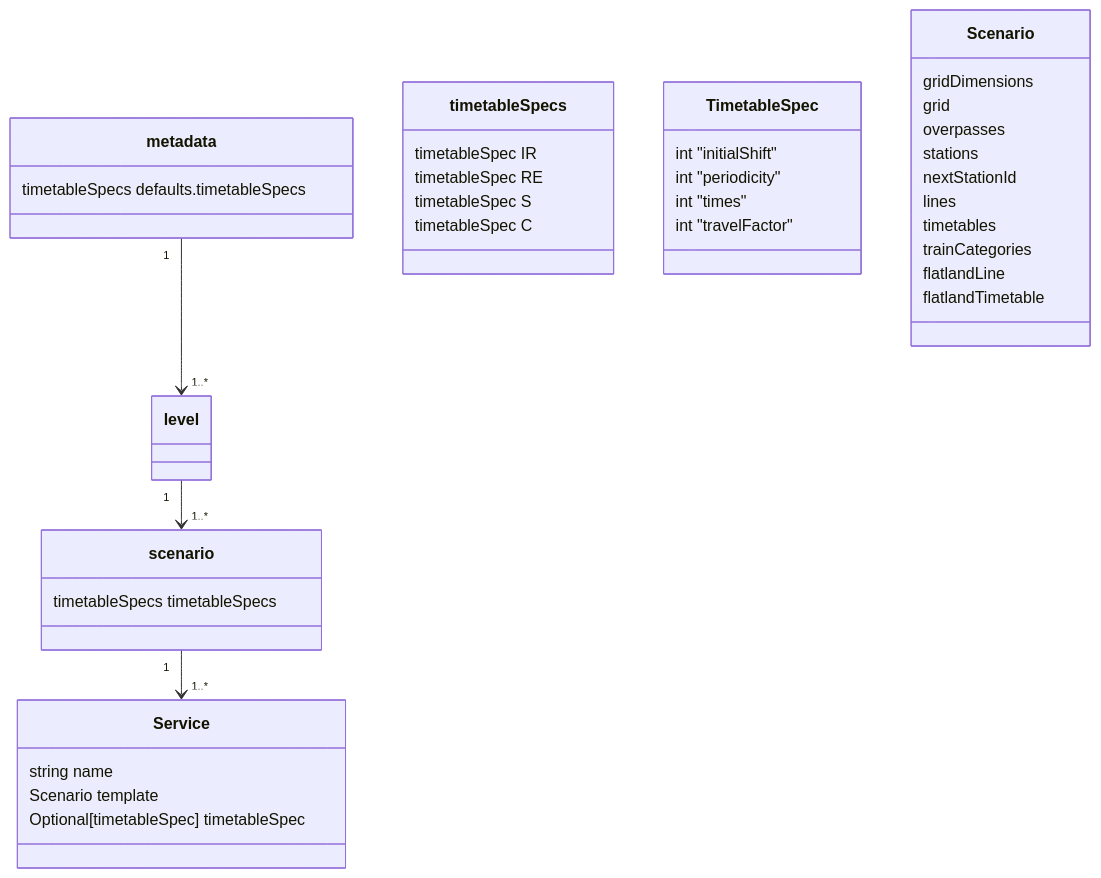
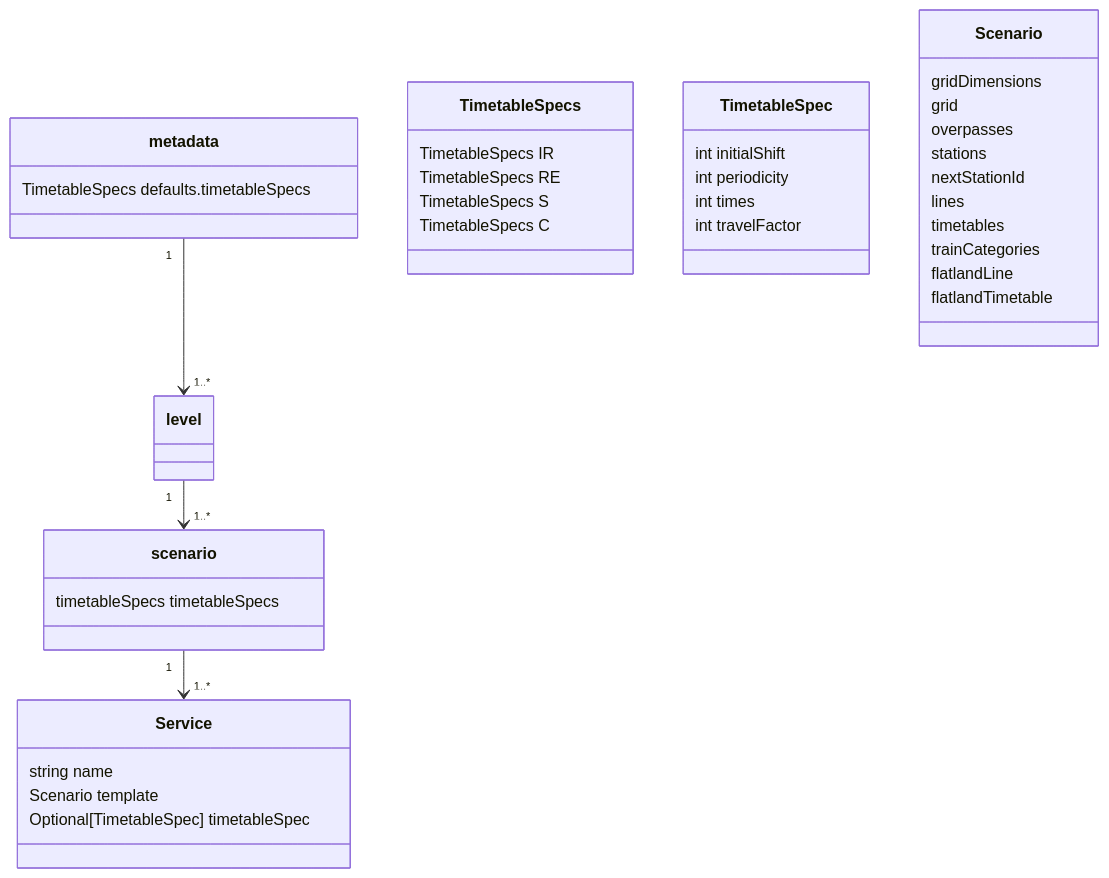
Before and after one commit to flatland-association/flatland-scenarios: the first of 3 diagrams in scenario_generator/README.md, drawn with Mermaid.

Commit message:
Apply suggestions from code review

````diff
--- a/scenario_generator/README.md
+++ b/scenario_generator/README.md
@@ -21,43 +21,43 @@
 ```mermaid
 classDiagram
   class metadata {
-    timetableSpecs defaults.timetableSpecs
+    TimetableSpecs defaults.timetableSpecs
   }
   class scenario {
     timetableSpecs timetableSpecs
   }
   metadata "1" --> "1..*" level
   level "1" --> "1..*" scenario
   scenario "1" --> "1..*" Service
-  class timetableSpecs {
-    timetableSpec IR
-    timetableSpec RE
-    timetableSpec S
-    timetableSpec C
+  class TimetableSpecs {
+    TimetableSpecs IR
+    TimetableSpecs RE
+    TimetableSpecs S
+    TimetableSpecs C
   }
   class TimetableSpec {
-    int "initialShift"
-    int "periodicity"
-    int "times"
-    int "travelFactor"
+    int initialShift
+    int periodicity
+    int times
+    int travelFactor
   }
   class Service {
     string name
     Scenario template
-    Optional[timetableSpec] timetableSpec
+    Optional[TimetableSpec] timetableSpec
   }
 
   class Scenario {
     gridDimensions
     grid
     overpasses
     stations
     nextStationId
     lines
     timetables
     trainCategories
     flatlandLine
     flatlandTimetable
   }
 
 ```
````
